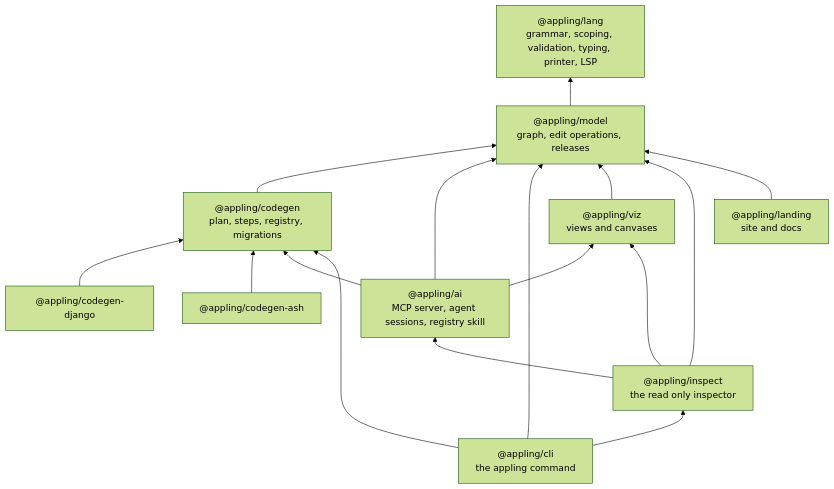
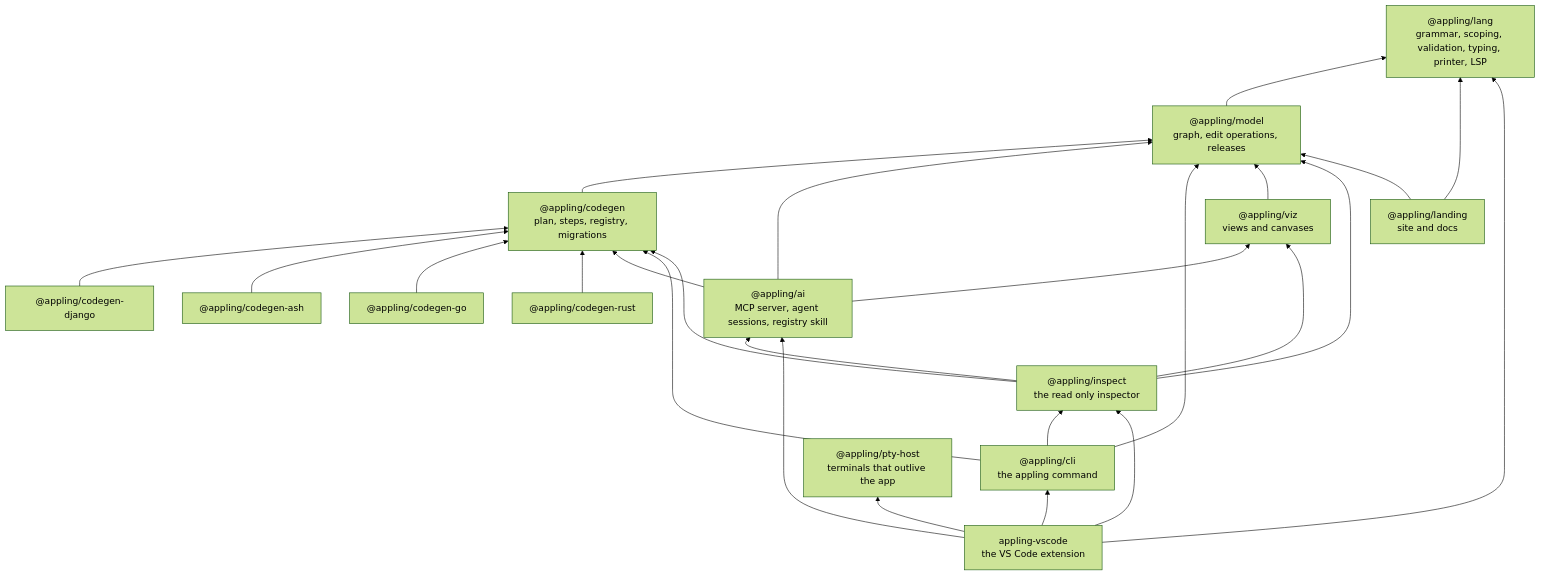
Before and after one commit to alex20465/appling: the first of 2 diagrams in docs/contributing/architecture.md, drawn with Mermaid (forest theme). The commit also changed other lines of this file and 51 other files, not shown here.

````diff
--- a/docs/contributing/architecture.md
+++ b/docs/contributing/architecture.md
@@ -10,28 +10,41 @@
 ```mermaid
 flowchart BT
   lang["@appling/lang<br/>grammar, scoping, validation, typing, printer, LSP"]
   model["@appling/model<br/>graph, edit operations, releases"]
   codegen["@appling/codegen<br/>plan, steps, registry, migrations"]
   django["@appling/codegen-django"]
   ash["@appling/codegen-ash"]
+  go["@appling/codegen-go"]
+  rust["@appling/codegen-rust"]
   ai["@appling/ai<br/>MCP server, agent sessions, registry skill"]
   cli["@appling/cli<br/>the appling command"]
   viz["@appling/viz<br/>views and canvases"]
   inspect["@appling/inspect<br/>the read only inspector"]
   landing["@appling/landing<br/>site and docs"]
+  pty["@appling/pty-host<br/>terminals that outlive the app"]
+  vscode["appling-vscode<br/>the VS Code extension"]
   model --> lang
   codegen --> model
   django --> codegen
   ash --> codegen
+  go --> codegen
+  rust --> codegen
   ai --> model
   ai --> codegen
   cli --> model
   cli --> codegen
   ai --> viz
   viz --> model
   inspect --> model
+  inspect --> codegen
   inspect --> ai
   inspect --> viz
   cli --> inspect
+  landing --> lang
   landing --> model
+  vscode --> lang
+  vscode --> inspect
+  vscode --> ai
+  vscode --> cli
+  vscode --> pty
 ```
````
